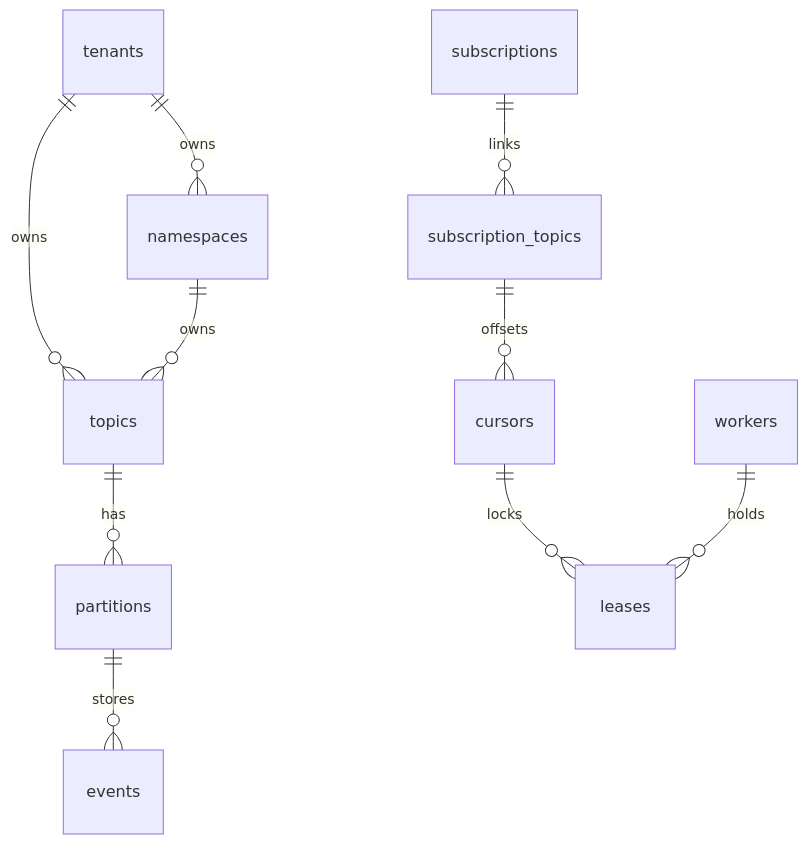
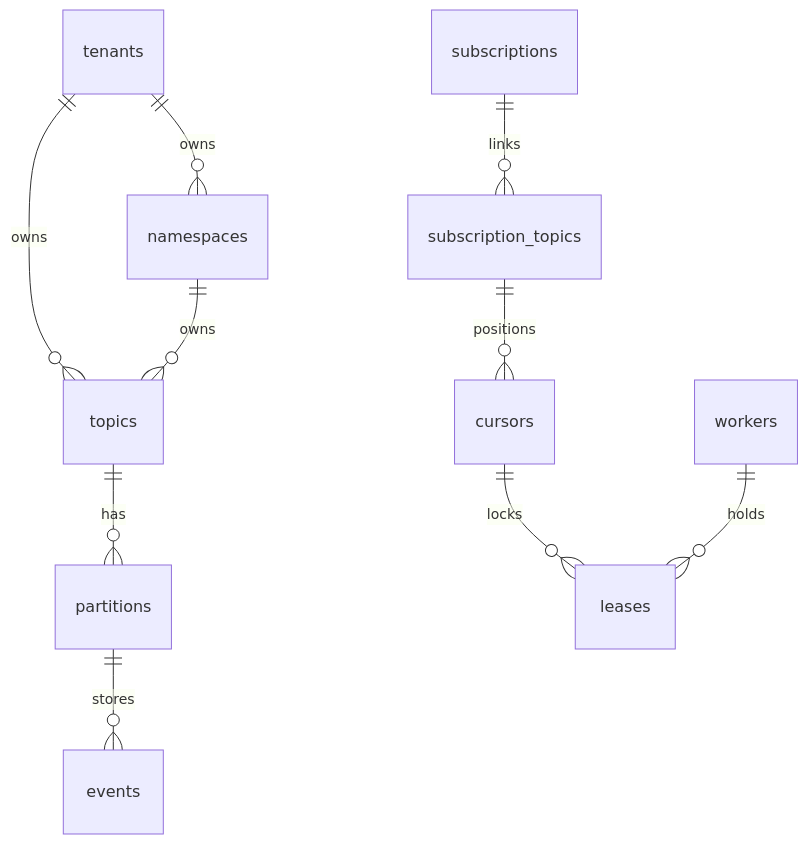
The first of 3 diagrams in README.md (rbilleci/boxy), drawn with Mermaid before and after one commit. The commit also changed other lines of this file and 13 other files, not shown here.

````diff
--- a/README.md
+++ b/README.md
@@ -68,12 +68,12 @@
 ```mermaid
 erDiagram
     tenants ||--o{ topics : owns
     topics ||--o{ partitions : has
     partitions ||--o{ events : stores
     tenants ||--o{ namespaces : owns
     namespaces ||--o{ topics : owns
     subscriptions ||--o{ subscription_topics : links
-    subscription_topics ||--o{ cursors : offsets
+    subscription_topics ||--o{ cursors : positions
     cursors ||--o{ leases : locks
     workers ||--o{ leases : holds
 ```
````
